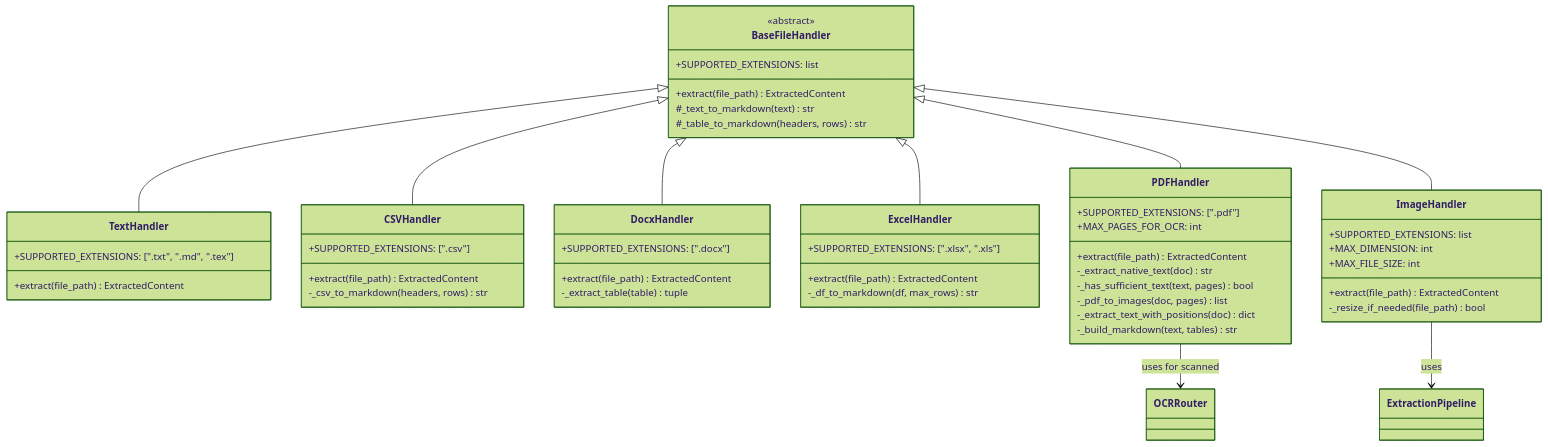
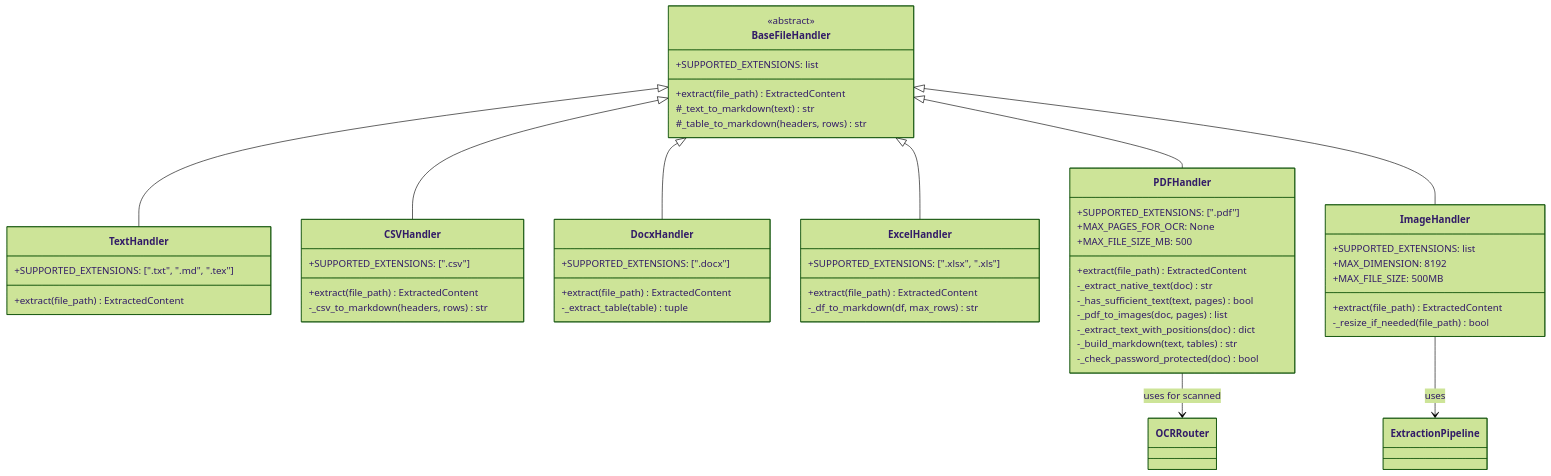
The eighth of 22 diagrams in ocr_plan/upload_ocr.md (manumishra-zm/execution_plan), drawn with Mermaid (forest theme) before and after one commit. The commit also changed other lines of this file, not shown here.

````diff
--- a/ocr_plan/upload_ocr.md
+++ b/ocr_plan/upload_ocr.md
@@ -908,61 +957,63 @@
 ```mermaid
 classDiagram
     class BaseFileHandler {
         <<abstract>>
         +SUPPORTED_EXTENSIONS: list
         +extract(file_path) ExtractedContent
         #_text_to_markdown(text) str
         #_table_to_markdown(headers, rows) str
     }
 
     class TextHandler {
         +SUPPORTED_EXTENSIONS: [".txt", ".md", ".tex"]
         +extract(file_path) ExtractedContent
     }
 
     class CSVHandler {
         +SUPPORTED_EXTENSIONS: [".csv"]
         +extract(file_path) ExtractedContent
         -_csv_to_markdown(headers, rows) str
     }
 
     class DocxHandler {
         +SUPPORTED_EXTENSIONS: [".docx"]
         +extract(file_path) ExtractedContent
         -_extract_table(table) tuple
     }
 
     class ExcelHandler {
         +SUPPORTED_EXTENSIONS: [".xlsx", ".xls"]
         +extract(file_path) ExtractedContent
         -_df_to_markdown(df, max_rows) str
     }
 
     class PDFHandler {
         +SUPPORTED_EXTENSIONS: [".pdf"]
-        +MAX_PAGES_FOR_OCR: int
+        +MAX_PAGES_FOR_OCR: None
+        +MAX_FILE_SIZE_MB: 500
         +extract(file_path) ExtractedContent
         -_extract_native_text(doc) str
         -_has_sufficient_text(text, pages) bool
         -_pdf_to_images(doc, pages) list
         -_extract_text_with_positions(doc) dict
         -_build_markdown(text, tables) str
+        -_check_password_protected(doc) bool
     }
 
     class ImageHandler {
         +SUPPORTED_EXTENSIONS: list
-        +MAX_DIMENSION: int
-        +MAX_FILE_SIZE: int
+        +MAX_DIMENSION: 8192
+        +MAX_FILE_SIZE: 500MB
         +extract(file_path) ExtractedContent
         -_resize_if_needed(file_path) bool
     }
 
     BaseFileHandler <|-- TextHandler
     BaseFileHandler <|-- CSVHandler
     BaseFileHandler <|-- DocxHandler
     BaseFileHandler <|-- ExcelHandler
     BaseFileHandler <|-- PDFHandler
     BaseFileHandler <|-- ImageHandler
     PDFHandler --> OCRRouter : uses for scanned
     ImageHandler --> ExtractionPipeline : uses
 ```
````
